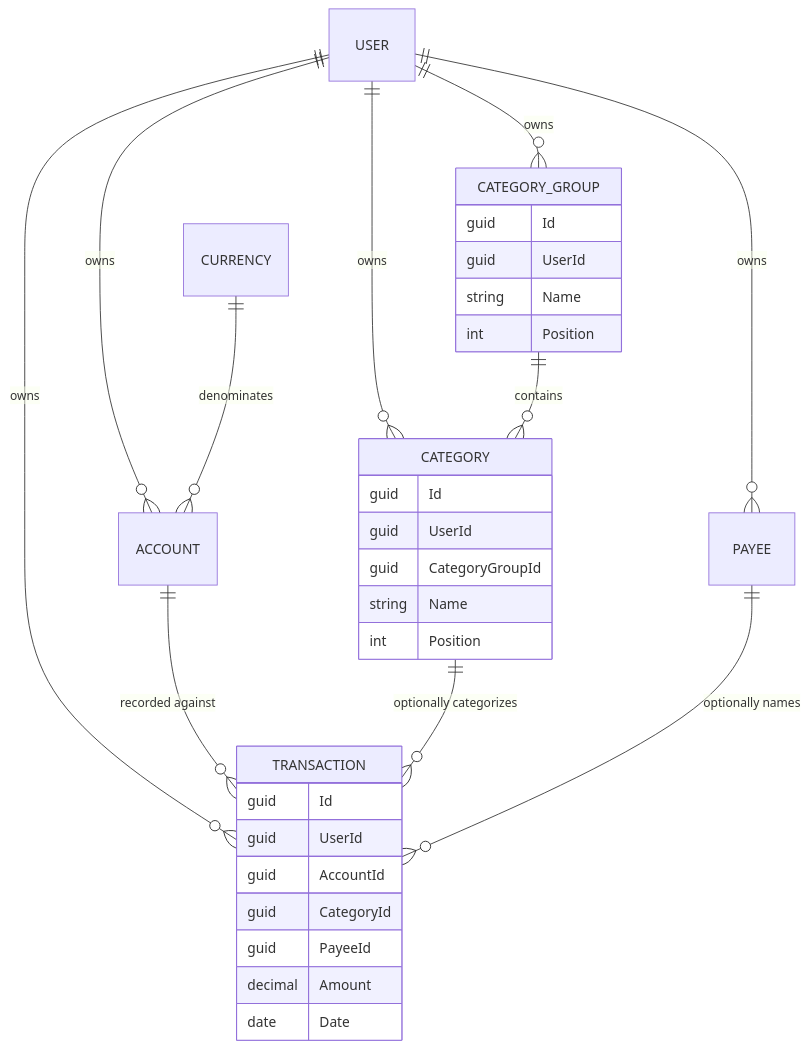
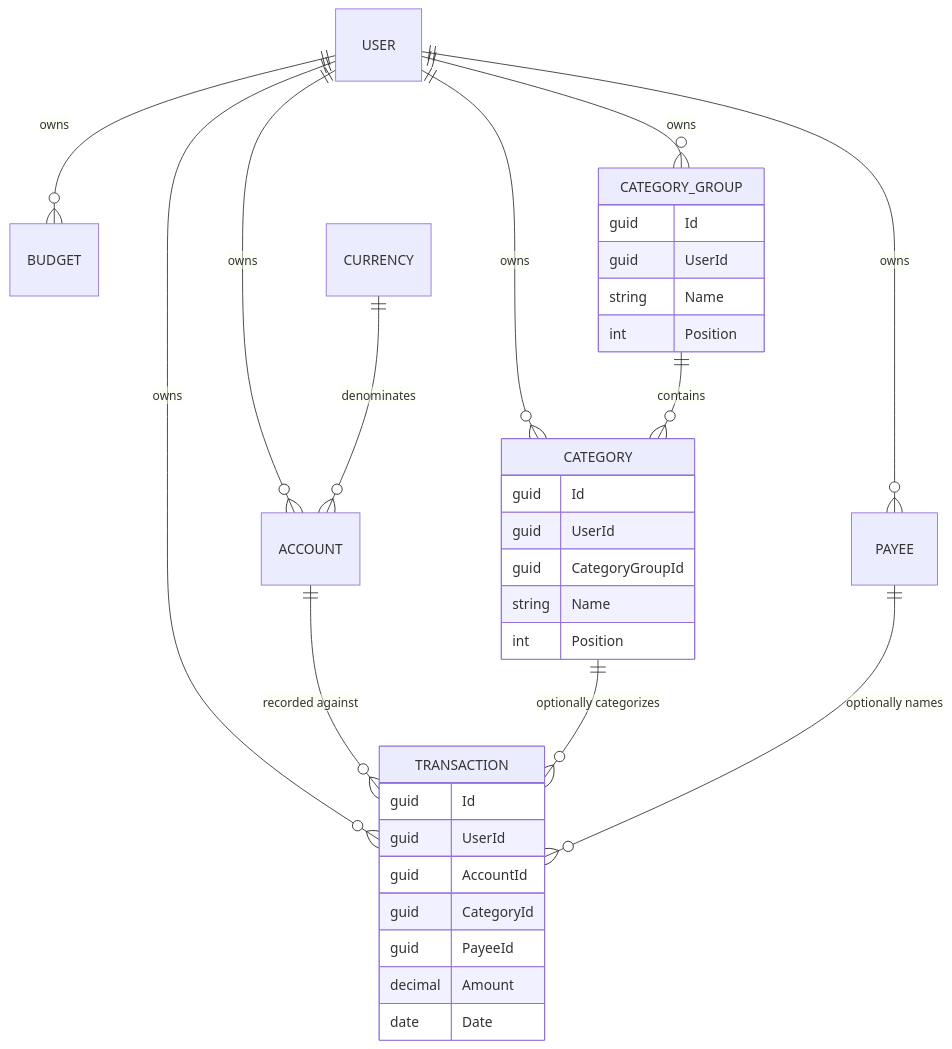
Before and after one commit to anton-kochev/budgetoid: the diagram in docs/business-logic/_overview.md, drawn with Mermaid. The commit also changed other lines of this file and 20 other files, not shown here.

First line of the commit message:
feat: create a default budget when a user is provisioned

````diff
--- a/docs/business-logic/_overview.md
+++ b/docs/business-logic/_overview.md
@@ -43,36 +45,37 @@
 ```mermaid
 erDiagram
+    USER ||--o{ BUDGET : owns
     USER ||--o{ ACCOUNT : owns
     USER ||--o{ CATEGORY_GROUP : owns
     USER ||--o{ CATEGORY : owns
     USER ||--o{ PAYEE : owns
     USER ||--o{ TRANSACTION : owns
     ACCOUNT ||--o{ TRANSACTION : "recorded against"
     CATEGORY_GROUP ||--o{ CATEGORY : contains
     CATEGORY ||--o{ TRANSACTION : "optionally categorizes"
     PAYEE ||--o{ TRANSACTION : "optionally names"
     CURRENCY ||--o{ ACCOUNT : denominates
 
     TRANSACTION {
         guid Id
         guid UserId
         guid AccountId
         guid CategoryId
         guid PayeeId
         decimal Amount
         date Date
     }
     CATEGORY_GROUP {
         guid Id
         guid UserId
         string Name
         int Position
     }
     CATEGORY {
         guid Id
         guid UserId
         guid CategoryGroupId
         string Name
         int Position
     }
 ```
````
